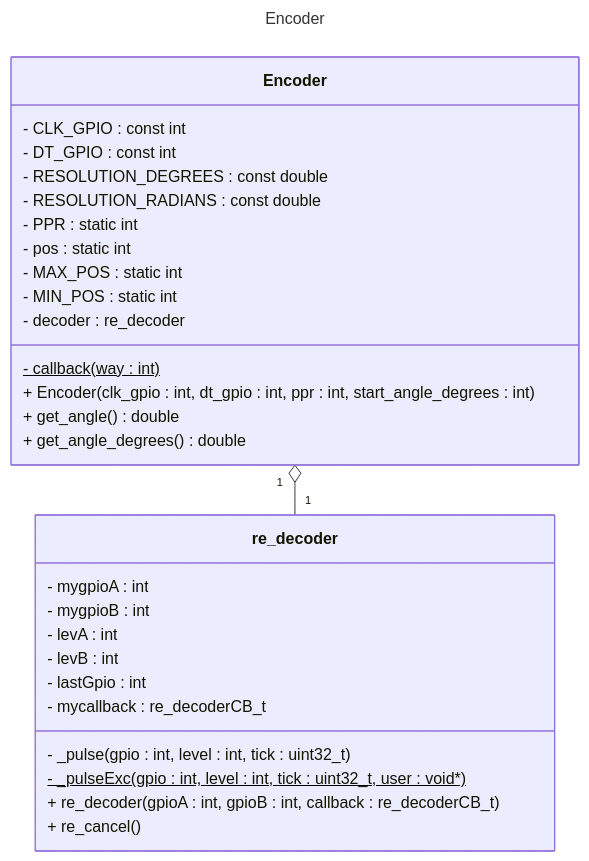
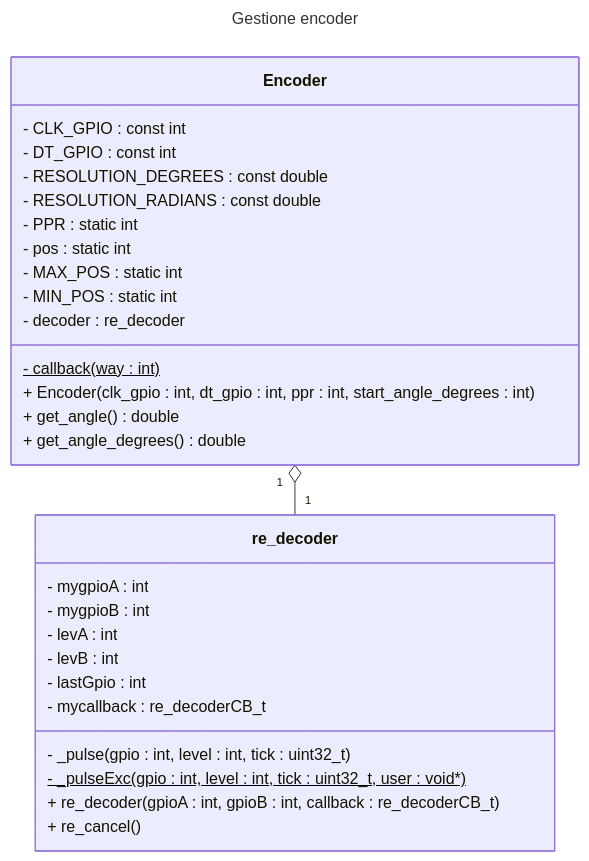
The second of 4 diagrams in doc/README.md (joecom7/inverted-pendulum-control), drawn with Mermaid before and after one commit. The commit also changed other lines of this file, not shown here.

Commit message:
Aggiunto diagramma delle componenti

````diff
--- a/doc/README.md
+++ b/doc/README.md
@@ -8,34 +49,34 @@
 ```mermaid
 ---
-title: Encoder
+title: Gestione encoder
 ---
 classDiagram
     class Encoder {
         - CLK_GPIO : const int
         - DT_GPIO : const int
         - RESOLUTION_DEGREES : const double
         - RESOLUTION_RADIANS : const double
         - PPR : static int
         - pos : static int
         - MAX_POS : static int
         - MIN_POS : static int
         - decoder : re_decoder
         - callback(way : int)$
         + Encoder(clk_gpio : int, dt_gpio : int, ppr : int, start_angle_degrees : int)
         + get_angle() double
         + get_angle_degrees() double
     }
     class re_decoder {
         - mygpioA : int
         - mygpioB : int
         - levA : int
         - levB : int
         - lastGpio : int
         - mycallback : re_decoderCB_t
         - _pulse(gpio : int, level : int, tick : uint32_t)
         - _pulseExc(gpio : int, level : int, tick : uint32_t, user : void*)$
         + re_decoder(gpioA : int, gpioB : int, callback : re_decoderCB_t)
         + re_cancel()
     }
     Encoder "1"o--"1" re_decoder
 ```
````
